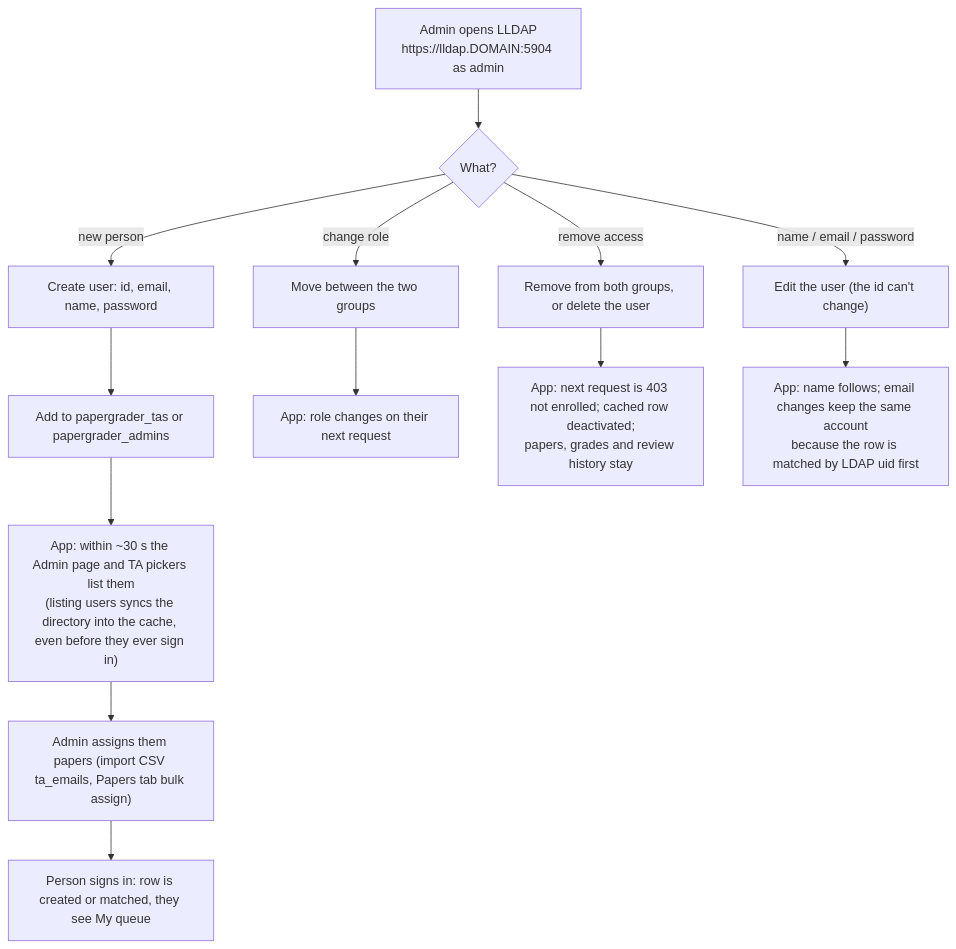
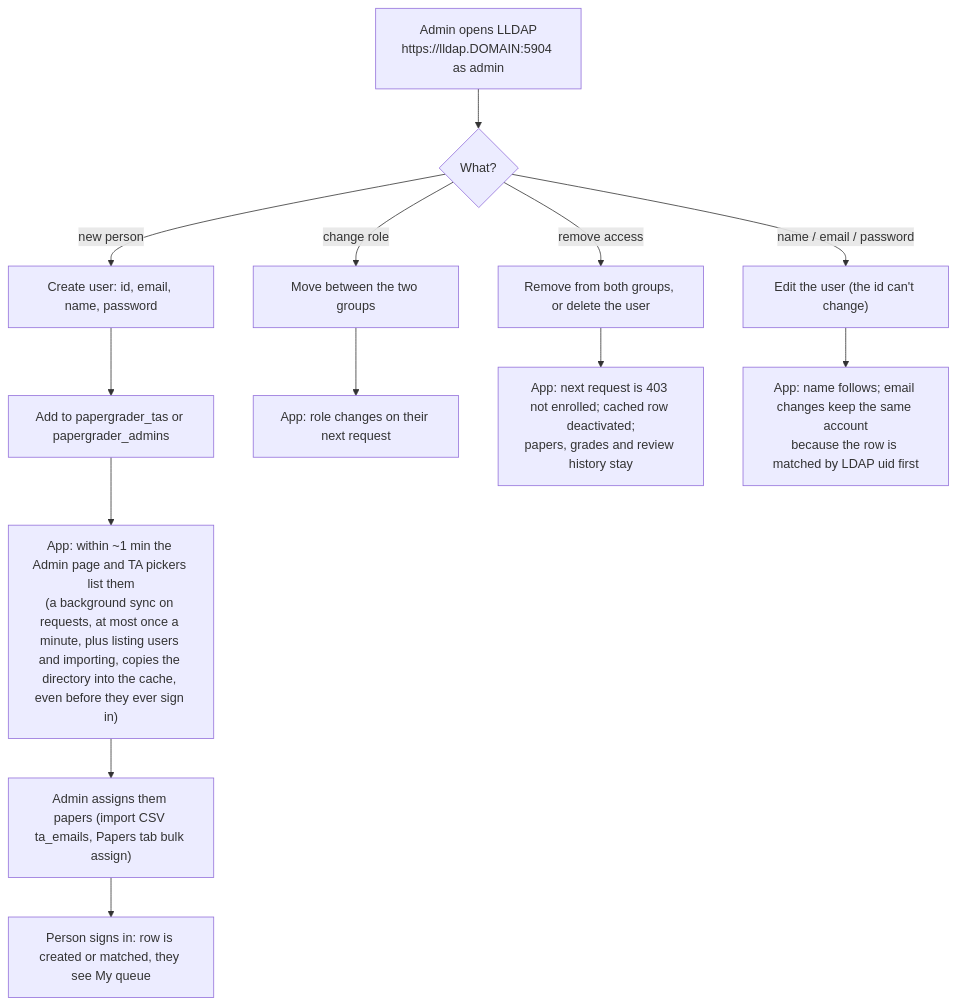
Diagram 13 of 14 in docs/workflows.md (achintya-labs/AIPaperCorrection), drawn with Mermaid before and after one commit. The commit also changed other lines of this file and 3 other files, not shown here.

````diff
--- a/docs/workflows.md
+++ b/docs/workflows.md
@@ -527,17 +528,17 @@
 ```mermaid
 flowchart TD
     A["Admin opens LLDAP<br/>https://lldap.DOMAIN:5904 as admin"] --> B{"What?"}
     B -- "new person" --> C["Create user: id, email, name, password"]
     C --> D["Add to papergrader_tas or papergrader_admins"]
     B -- "change role" --> E["Move between the two groups"]
     B -- "remove access" --> F["Remove from both groups, or delete the user"]
     B -- "name / email / password" --> G["Edit the user (the id can't change)"]
 
-    D --> S["App: within ~30 s the Admin page and TA pickers list them<br/>(listing users syncs the directory into the cache, even before they ever sign in)"]
+    D --> S["App: within ~1 min the Admin page and TA pickers list them<br/>(a background sync on requests, at most once a minute, plus listing users and importing, copies the directory into the cache, even before they ever sign in)"]
     E --> S2["App: role changes on their next request"]
     F --> S3["App: next request is 403 not enrolled; cached row deactivated;<br/>papers, grades and review history stay"]
     G --> S4["App: name follows; email changes keep the same account<br/>because the row is matched by LDAP uid first"]
 
     S --> P["Admin assigns them papers (import CSV ta_emails, Papers tab bulk assign)"]
     P --> T["Person signs in: row is created or matched, they see My queue"]
 ```
````
